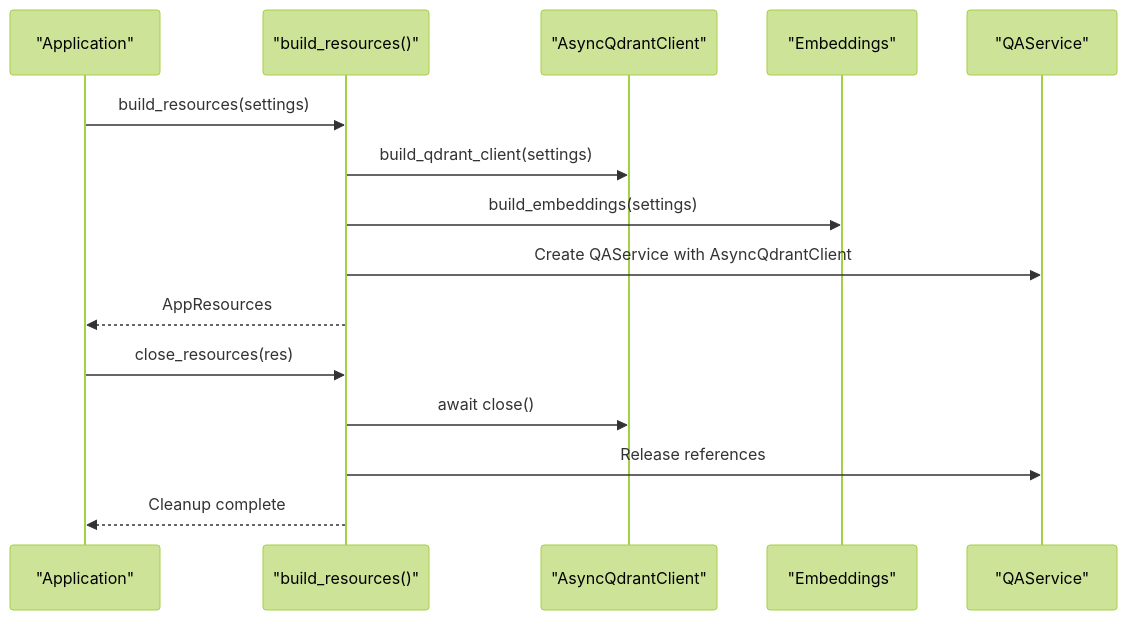
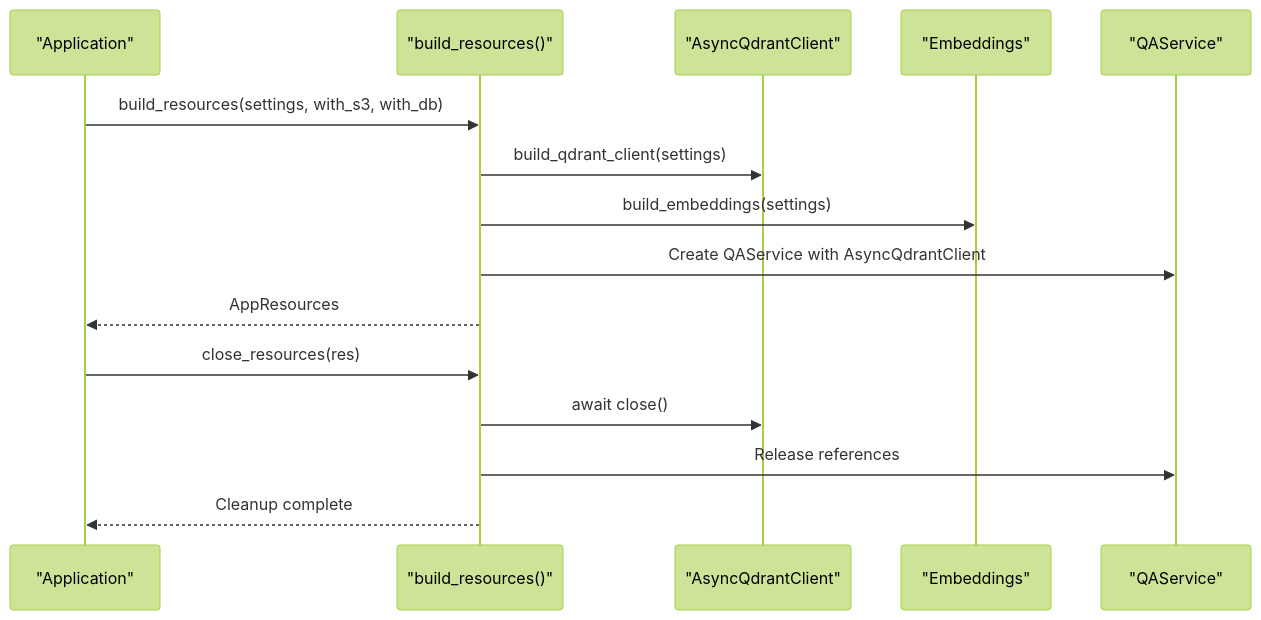
One commit to ognelis/cafetera_hr_bot changed diagram 19 of 29 in .qoder/repowiki/en/content/VK Integration/VK Integration.md. Above: the diagram before and after it, drawn with Mermaid (forest theme). The commit also changed other lines of this file and 139 other files, not shown here.

````diff
--- a/.qoder/repowiki/en/content/VK Integration/VK Integration.md
+++ b/.qoder/repowiki/en/content/VK Integration/VK Integration.md
@@ -1028,17 +1013,17 @@
 ```mermaid
 sequenceDiagram
 participant App as "Application"
 participant Resources as "build_resources()"
 participant Qdrant as "AsyncQdrantClient"
 participant Embeddings as "Embeddings"
 participant QA as "QAService"
-App->>Resources : build_resources(settings)
+App->>Resources : build_resources(settings, with_s3, with_db)
 Resources->>Qdrant : build_qdrant_client(settings)
 Resources->>Embeddings : build_embeddings(settings)
 Resources->>QA : Create QAService with AsyncQdrantClient
 Resources-->>App : AppResources
 App->>Resources : close_resources(res)
 Resources->>Qdrant : await close()
 Resources->>QA : Release references
 Resources-->>App : Cleanup complete
 ```
````
